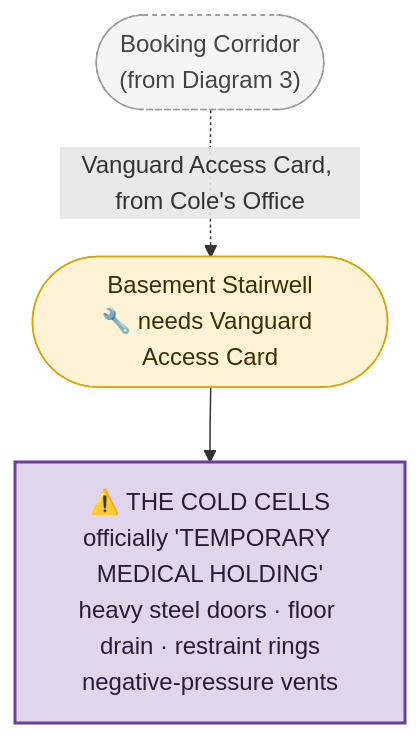
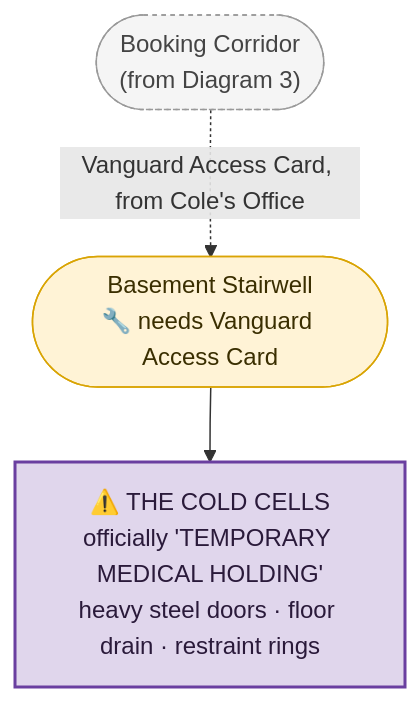
Before and after one commit to GIToez/Deadlock-Design: the fifth of 6 diagrams in DESIGN/Locations/Police_Station.md, drawn with Mermaid. The commit also changed other lines of this file and 6 other files, not shown here.

````diff
--- a/DESIGN/Locations/Police_Station.md
+++ b/DESIGN/Locations/Police_Station.md
@@ -628,15 +457,15 @@
 ```mermaid
 flowchart TD
     BOOKCORRREF(["Booking Corridor<br/>(from Diagram 3)"])
     STAIRS(["Basement Stairwell<br/>🔧 needs Vanguard Access Card"])
-    COLDCELLS["⚠️ THE COLD CELLS<br/>officially 'TEMPORARY MEDICAL HOLDING'<br/>heavy steel doors · floor drain · restraint rings<br/>negative-pressure vents"]
+    COLDCELLS["⚠️ THE COLD CELLS<br/>officially 'TEMPORARY MEDICAL HOLDING'<br/>heavy steel doors · floor drain · restraint rings"]
 
     BOOKCORRREF -. Vanguard Access Card, from Cole's Office .-> STAIRS --> COLDCELLS
 
     classDef hallway fill:#FFF3D6,stroke:#D9A404,color:#3a2e00
     classDef ref fill:#F5F5F5,stroke:#999999,color:#444444,stroke-dasharray:3 3
     classDef vanguard fill:#E0D6EC,stroke:#6A3FA0,color:#2a1a3a,stroke-width:2px
     class BOOKCORRREF ref
     class STAIRS hallway
     class COLDCELLS vanguard
 ```
````
